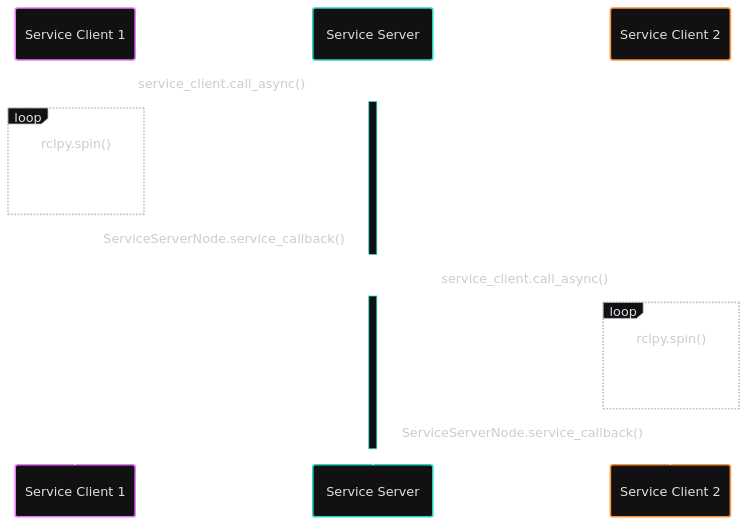
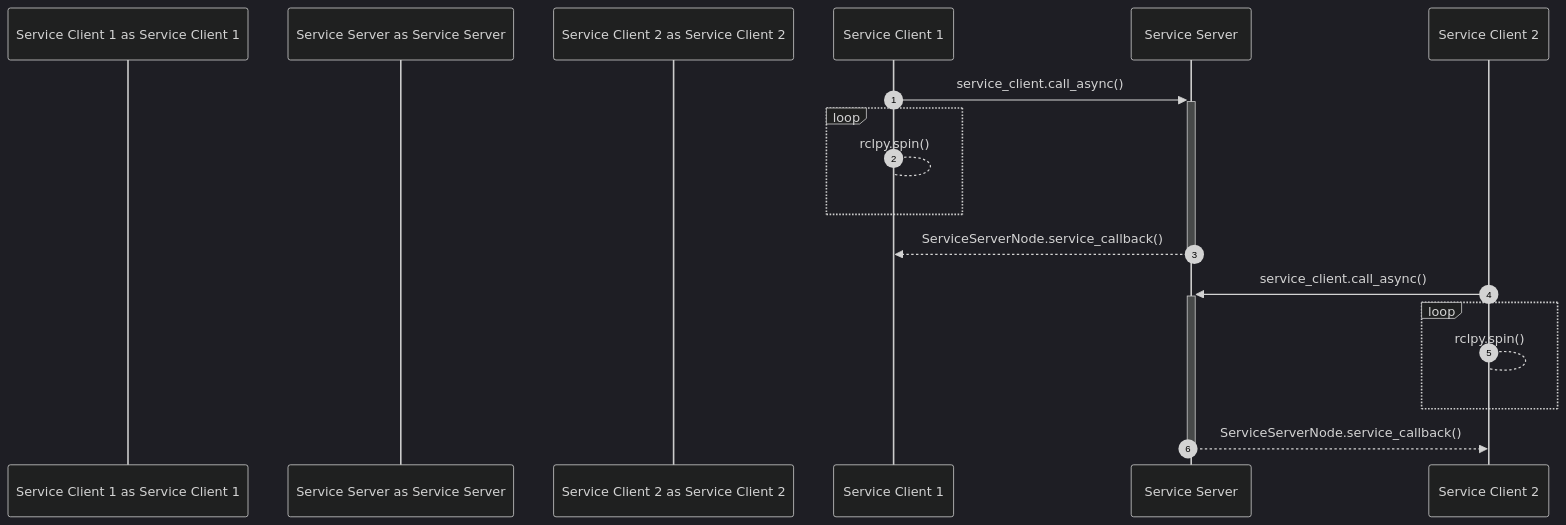
The diagram in docs/source/service_servers_and_clients.rst (mmmarinho/ROS2_Tutorial), drawn with Mermaid before and after one commit. The commit also changed other lines of this file and 1 other file, not shown here.

Commit message:
[mermaid] Minor changes.

```diff
--- a/docs/source/service_servers_and_clients.rst
+++ b/docs/source/service_servers_and_clients.rst
@@ -17,14 +17,18 @@
 .. mermaid::
 
-    %%{init: { "theme" : "redux-dark-color" }}%%
+    %%{init: { "theme" : "dark" }}%%
     sequenceDiagram
+      participant Service Client 1 as Service Client 1
+      participant Service Server as Service Server
+      participant Service Client 2 as Service Client 2
+      autonumber
       Service Client 1 ->>+ Service Server: service_client.call_async()
       loop
         Service Client 1-->Service Client 1: rclpy.spin()
       end
       Service Server -->>- Service Client 1: ServiceServerNode.service_callback()
       Service Client 2 ->>+ Service Server: service_client.call_async()
       loop
         Service Client 2-->Service Client 2: rclpy.spin()
       end
       Service Server -->>- Service Client 2: ServiceServerNode.service_callback()
```
